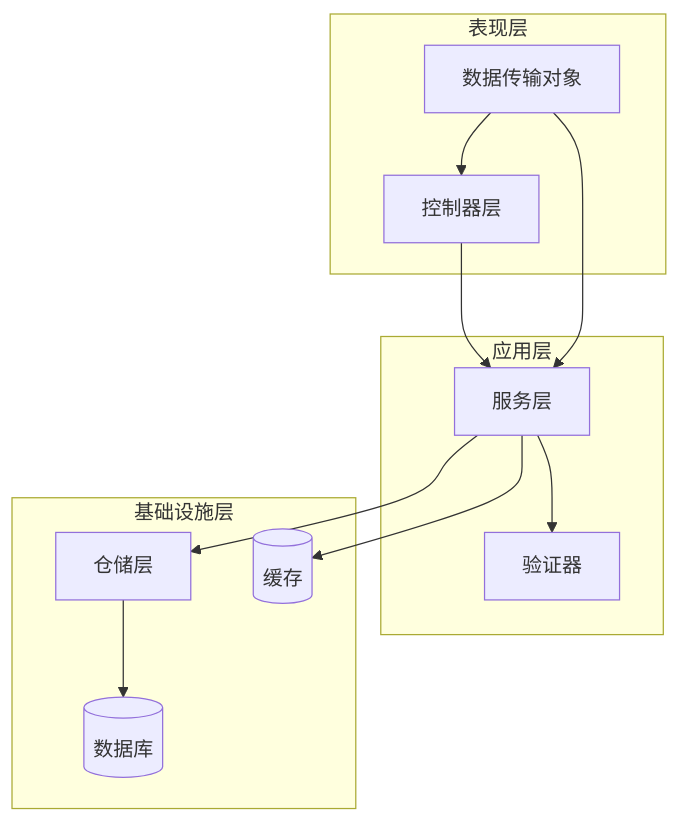
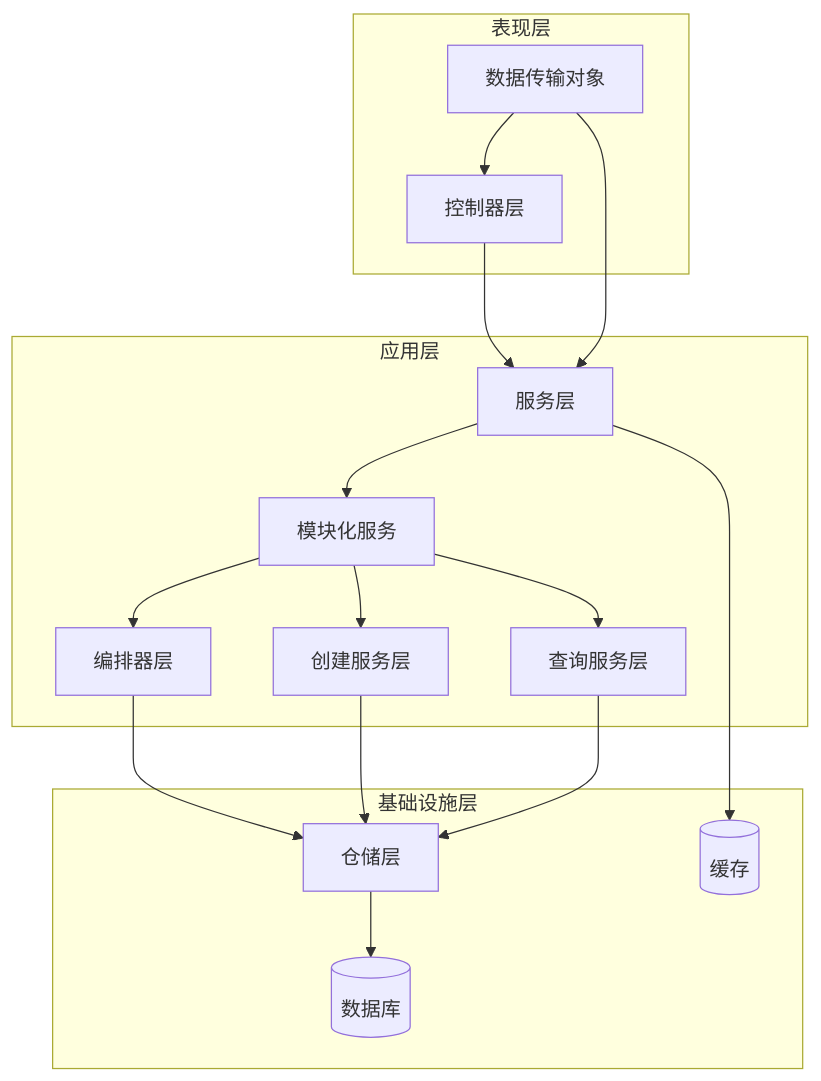
One commit to rc558620/purelyprofit-server changed the second of 9 diagrams in .qoder/repowiki/zh/content/业务模块/纯俱乐部模块.md. Above: the diagram before and after it, drawn with Mermaid. The commit also changed other lines of this file and 534 other files, not shown here.

````diff
--- a/.qoder/repowiki/zh/content/业务模块/纯俱乐部模块.md
+++ b/.qoder/repowiki/zh/content/业务模块/纯俱乐部模块.md
@@ -141,23 +246,31 @@
 ```mermaid
 graph TB
 subgraph "表现层"
 Controllers[控制器层]
 DTOs[数据传输对象]
 end
 subgraph "应用层"
 Services[服务层]
-Validators[验证器]
+ModuleServices[模块化服务]
+Orchestrators[编排器层]
+CreationServices[创建服务层]
+QueryServices[查询服务层]
 end
 subgraph "基础设施层"
 Repositories[仓储层]
 Database[(数据库)]
 Cache[(缓存)]
 end
 Controllers --> Services
-Services --> Validators
-Services --> Repositories
+Services --> ModuleServices
+ModuleServices --> Orchestrators
+ModuleServices --> CreationServices
+ModuleServices --> QueryServices
+Orchestrators --> Repositories
+CreationServices --> Repositories
+QueryServices --> Repositories
 Repositories --> Database
 Services --> Cache
 DTOs --> Controllers
 DTOs --> Services
 ```
````
